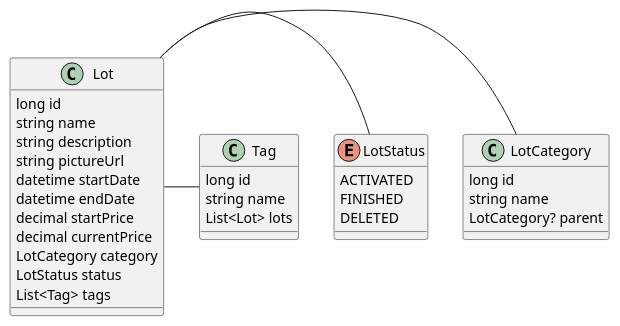
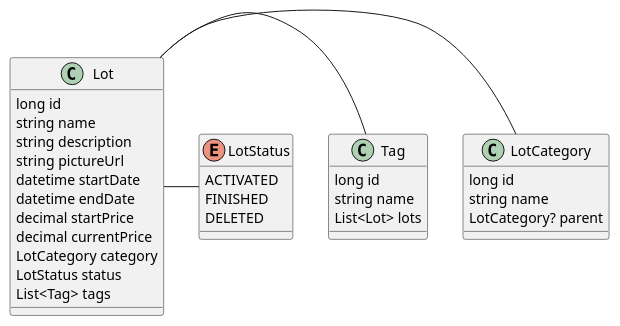
Before and after one commit to ETML-ES-LABEFE-SEB-SEB/Backend: the diagram in docs/class_diagram.puml, drawn with PlantUML. The commit also changed other lines of this file and 12 other files, not shown here.

```diff
--- a/docs/class_diagram.puml
+++ b/docs/class_diagram.puml
@@ -1,39 +1,39 @@
 @startuml
 
 class Lot {
     long id
     string name
     string description
     string pictureUrl
     datetime startDate
     datetime endDate
     decimal startPrice
     decimal currentPrice
     LotCategory category
     LotStatus status
     List<Tag> tags
 }
 
 class Tag {
     long id
     string name
     List<Lot> lots
 }
 
 class LotCategory {
     long id
     string name
     LotCategory? parent
 }
 
 enum LotStatus {
     ACTIVATED
     FINISHED
     DELETED
 }
 
 Lot - LotCategory
+Lot - Tag
 Lot - LotStatus
-Lot - Tag
 
 @enduml
```
